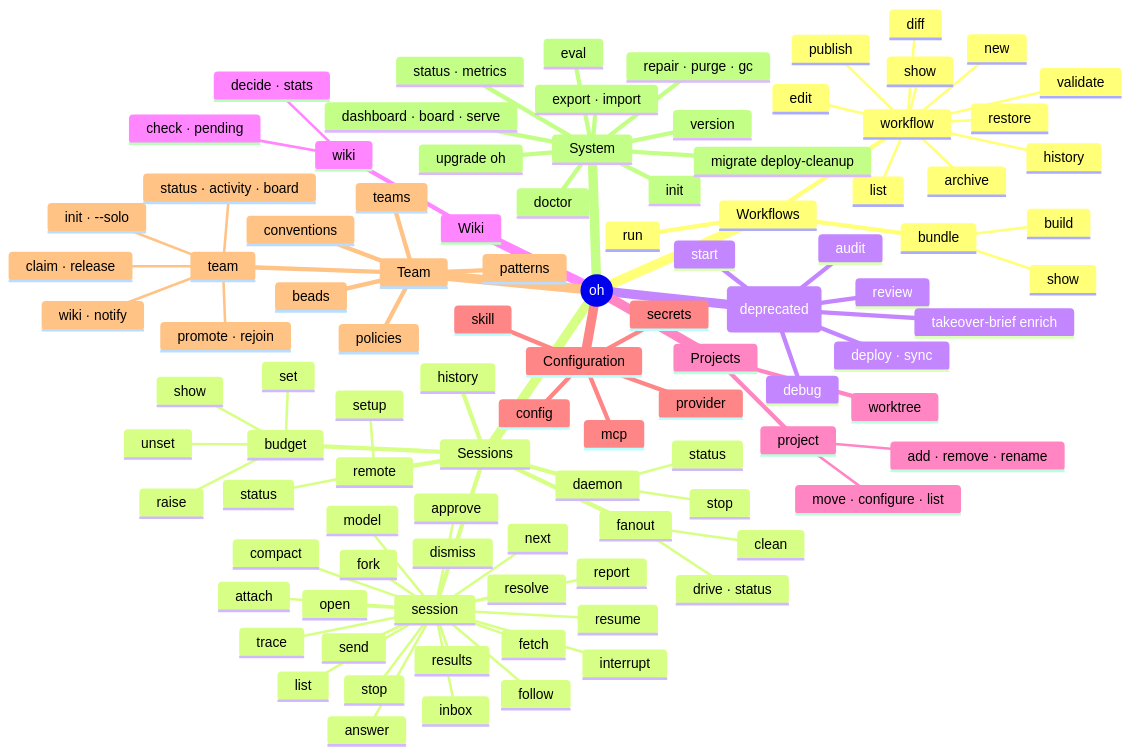
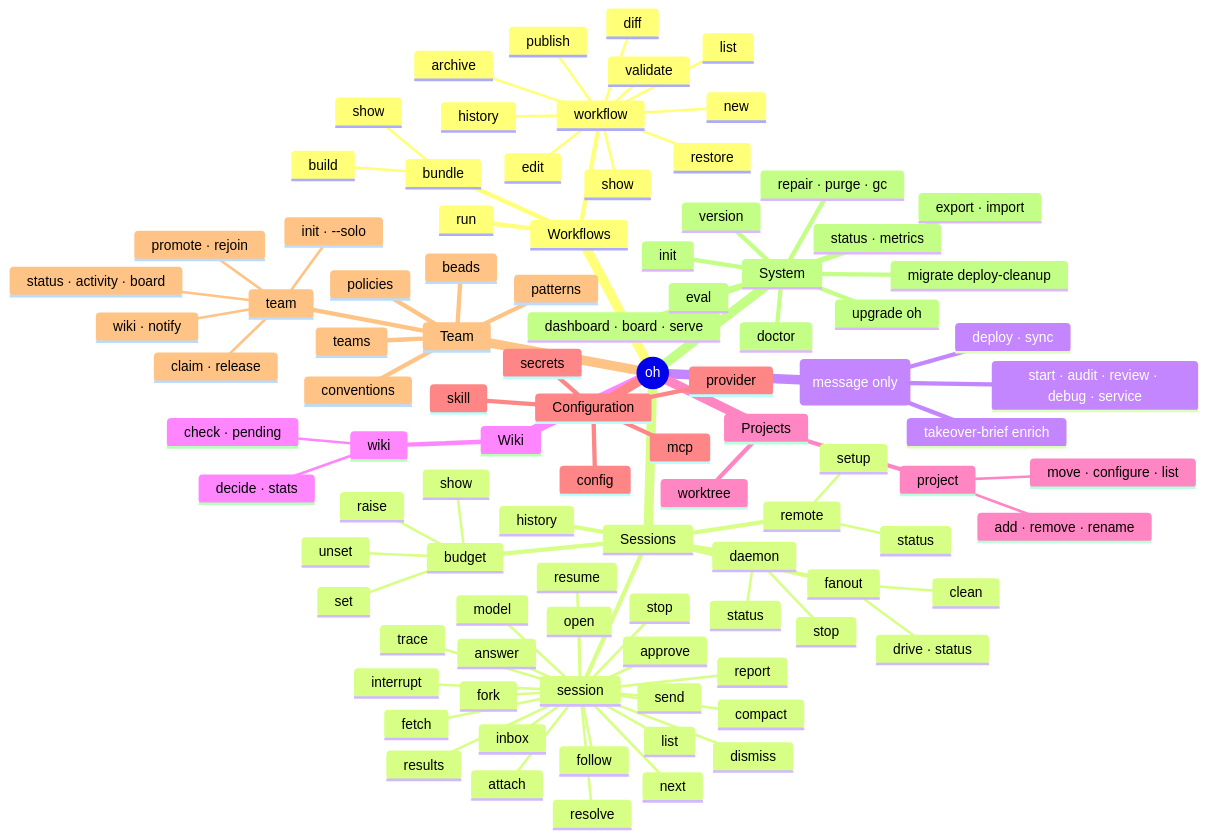
One commit to datichb/openhub changed the diagram in docs/diagrams/cli-command-tree.mermaid. Above: the diagram before and after it, drawn with Mermaid. The commit also changed 20 other files, not shown here.

```diff
--- a/docs/diagrams/cli-command-tree.mermaid
+++ b/docs/diagrams/cli-command-tree.mermaid
@@ -1,105 +1,102 @@
 %% OpenHub -- CLI command tree (v5)
 %% oh commands grouped by domain (from `oh --help` and the cobra tree).
 %% Deprecated aliases of `oh run` are listed under "Aliases (deprecated)".
 
 mindmap
   root((oh))
     Workflows
       run
       workflow
         list
         show
         validate
         new
         edit
         diff
         publish
         history
         restore
         archive
       bundle
         build
         show
     Sessions
       session
         list
         inbox
         attach
         follow
         approve
         answer
         dismiss
         send
         interrupt
         compact
         model
         fork
         results
         next
         report
         trace
         resume
         stop
         open
         fetch
         resolve
       fanout
         drive · status
         clean
       budget
         show
         set
         unset
         raise
       daemon
         status
         stop
       remote
         setup
         status
       history
-    Aliases (deprecated)
-      start
-      audit
-      review
-      debug
+    Removed (message only)
+      start · audit · review · debug · service
       takeover-brief enrich
       deploy · sync
     Wiki
       wiki
         check · pending
         decide · stats
     Projects
       project
         add · remove · rename
         move · configure · list
       worktree
     Configuration
       config
       provider
       mcp
       secrets
       skill
     Team
       team
         init · --solo
         promote · rejoin
         status · activity · board
         claim · release
         wiki · notify
       teams
       policies
       patterns
       conventions
       beads
     System
       init
       doctor
       status · metrics
       dashboard · board · serve
       export · import
       repair · purge · gc
       eval
       migrate deploy-cleanup
       upgrade oh
       version
```
